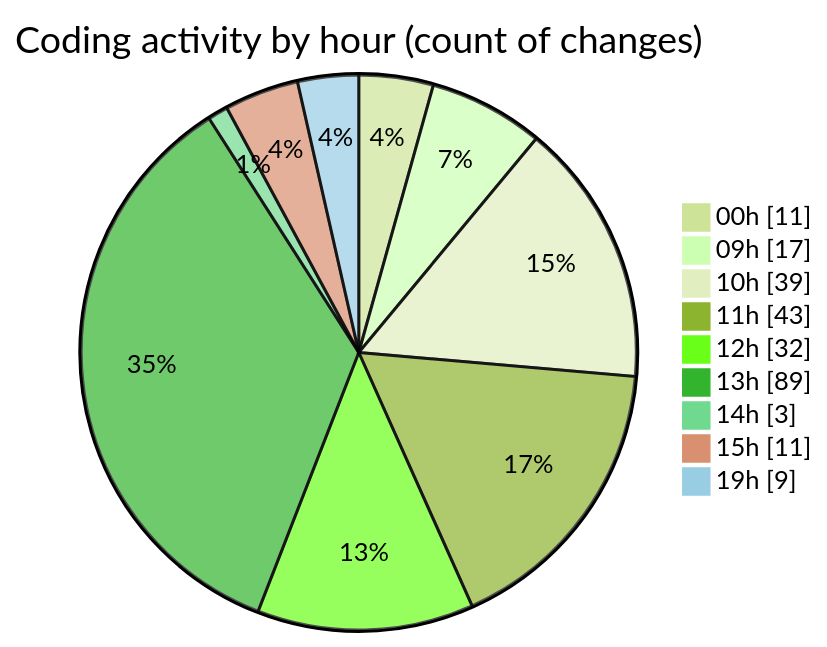
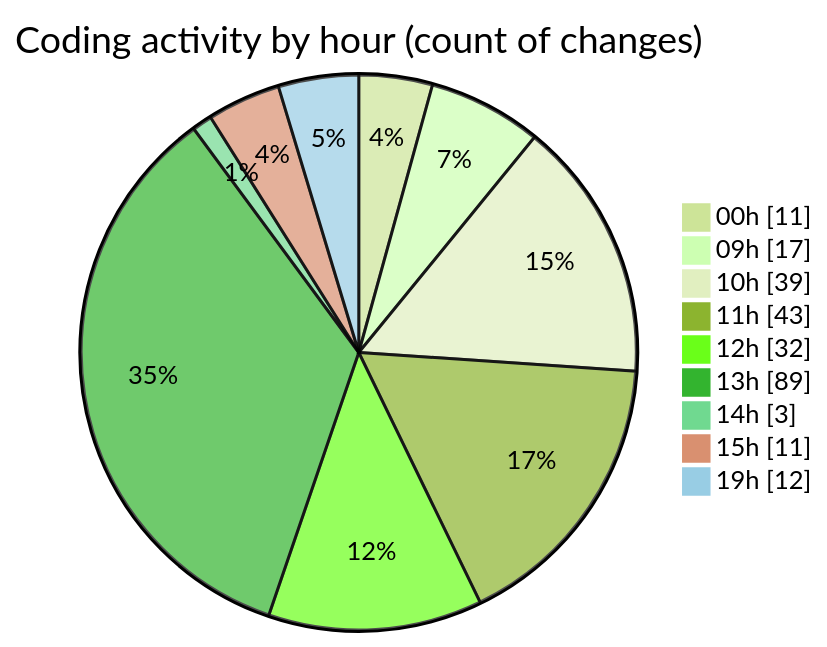
The second of 2 diagrams in 2026-09-02/cda/README.md (momahboobian/code-tracking), drawn with Mermaid (forest theme) before and after one commit. The commit also changed other lines of this file and 1 other file, not shown here.

````diff
--- a/2026-09-02/cda/README.md
+++ b/2026-09-02/cda/README.md
@@ -90,13 +91,13 @@
 ```mermaid
 pie showData
 title Coding activity by hour (count of changes)
 "00h" : 11
 "09h" : 17
 "10h" : 39
 "11h" : 43
 "12h" : 32
 "13h" : 89
 "14h" : 3
 "15h" : 11
-"19h" : 9
+"19h" : 12
 ```
````
